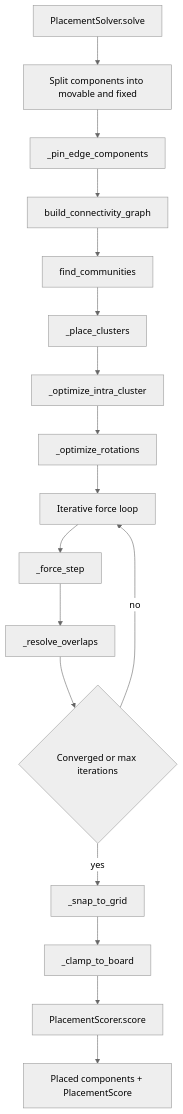
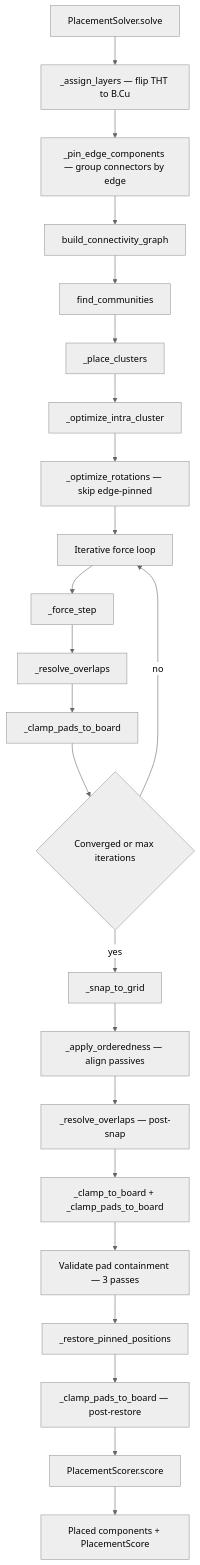
One commit to laforestlabs/LLUPS changed the first of 2 diagrams in docs/footprint-layout.md. Above: the diagram before and after it, drawn with Mermaid (neutral theme). The commit also changed other lines of this file and 4 other files, not shown here.

First line of the commit message:
docs: update next-steps plan, architecture, scoring, changelog for rotation/pad fixes

````diff
--- a/docs/footprint-layout.md
+++ b/docs/footprint-layout.md
@@ -7,19 +7,25 @@
 ```mermaid
 flowchart TD
-  start[PlacementSolver.solve] --> splitComps[Split components into movable and fixed]
-  splitComps --> edgePin[_pin_edge_components]
+  start[PlacementSolver.solve] --> assignLayers[_assign_layers — flip THT to B.Cu]
+  assignLayers --> edgePin[_pin_edge_components — group connectors by edge]
   edgePin --> graphBuild[build_connectivity_graph]
   graphBuild --> communities[find_communities]
   communities --> clusterPlace[_place_clusters]
   clusterPlace --> intraCluster[_optimize_intra_cluster]
-  intraCluster --> rotationPass[_optimize_rotations]
+  intraCluster --> rotationPass[_optimize_rotations — skip edge-pinned]
   rotationPass --> annealLoop[Iterative force loop]
   annealLoop --> forceStep[_force_step]
   forceStep --> overlapFix[_resolve_overlaps]
-  overlapFix --> maybeContinue{Converged or max iterations}
+  overlapFix --> padClamp[_clamp_pads_to_board]
+  padClamp --> maybeContinue{Converged or max iterations}
   maybeContinue -->|no| annealLoop
   maybeContinue -->|yes| snap[_snap_to_grid]
-  snap --> clamp[_clamp_to_board]
-  clamp --> finalScore[PlacementScorer.score]
+  snap --> orderedness[_apply_orderedness — align passives]
+  orderedness --> finalOverlap[_resolve_overlaps — post-snap]
+  finalOverlap --> clamp[_clamp_to_board + _clamp_pads_to_board]
+  clamp --> validate[Validate pad containment — 3 passes]
+  validate --> restore[_restore_pinned_positions]
+  restore --> finalClamp[_clamp_pads_to_board — post-restore]
+  finalClamp --> finalScore[PlacementScorer.score]
   finalScore --> result[Placed components + PlacementScore]
 ```
````
